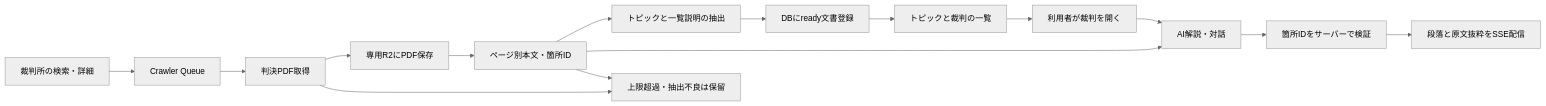
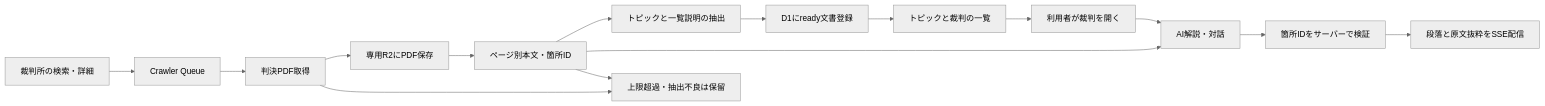
Before and after one commit to tukiminya/recourt: the diagram in docs/case-reading.md, drawn with Mermaid (neutral theme). The commit also changed other lines of this file and 52 other files, not shown here.

````diff
--- a/docs/case-reading.md
+++ b/docs/case-reading.md
@@ -5,17 +5,17 @@
 ```mermaid
 flowchart LR
     C[裁判所の検索・詳細] --> Q[Crawler Queue]
     Q --> W[判決PDF取得]
     W --> R[専用R2にPDF保存]
     R --> E[ページ別本文・箇所ID]
     E --> A[トピックと一覧説明の抽出]
-    A --> D[DBにready文書登録]
+    A --> D[D1にready文書登録]
     D --> T[トピックと裁判の一覧]
     T --> U[利用者が裁判を開く]
     U --> G[AI解説・対話]
     E --> G
     G --> V[箇所IDをサーバーで検証]
     V --> S[段落と原文抜粋をSSE配信]
     W --> H[上限超過・抽出不良は保留]
     E --> H
 ```
````
